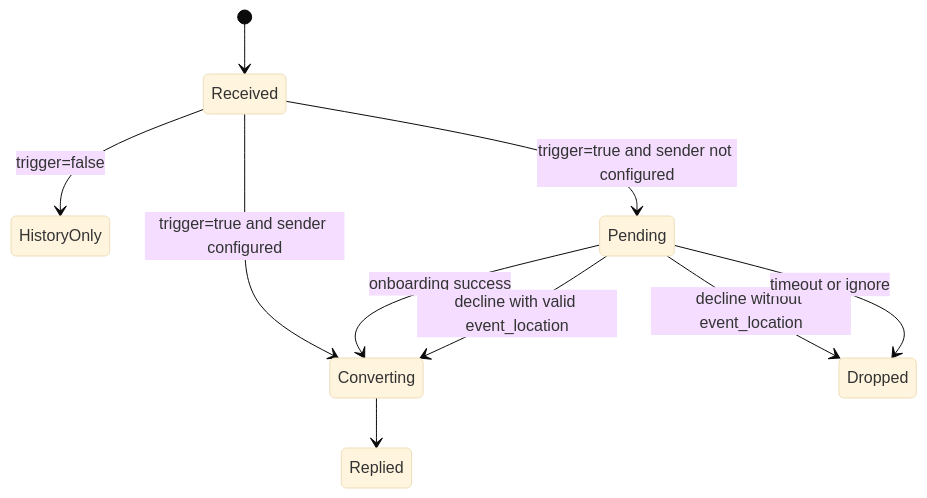
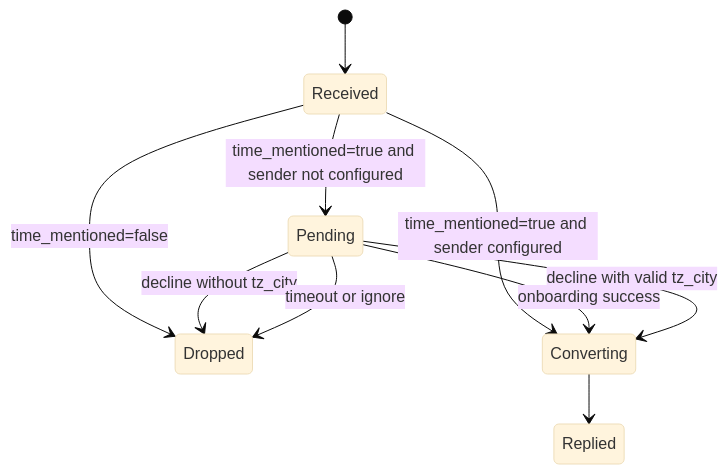
One commit to antlbn/Timezone_bot changed the third of 3 diagrams in journal/02_domain_model.md. Above: the diagram before and after it, drawn with Mermaid (base theme). The commit also changed other lines of this file and 20 other files, not shown here.

First line of the commit message:
Refactor onboarding and event detection logic to utilize explicit source-location hints

````diff
--- a/journal/02_domain_model.md
+++ b/journal/02_domain_model.md
@@ -172,12 +177,12 @@
 ```mermaid
 stateDiagram-v2
     [*] --> Received
-    Received --> HistoryOnly: trigger=false
-    Received --> Pending: trigger=true and sender not configured
-    Received --> Converting: trigger=true and sender configured
+    Received --> Dropped: time_mentioned=false
+    Received --> Pending: time_mentioned=true and sender not configured
+    Received --> Converting: time_mentioned=true and sender configured
     Pending --> Converting: onboarding success
-    Pending --> Converting: decline with valid event_location
-    Pending --> Dropped: decline without event_location
+    Pending --> Converting: decline with valid tz_city
+    Pending --> Dropped: decline without tz_city
     Pending --> Dropped: timeout or ignore
     Converting --> Replied
 ```
````
